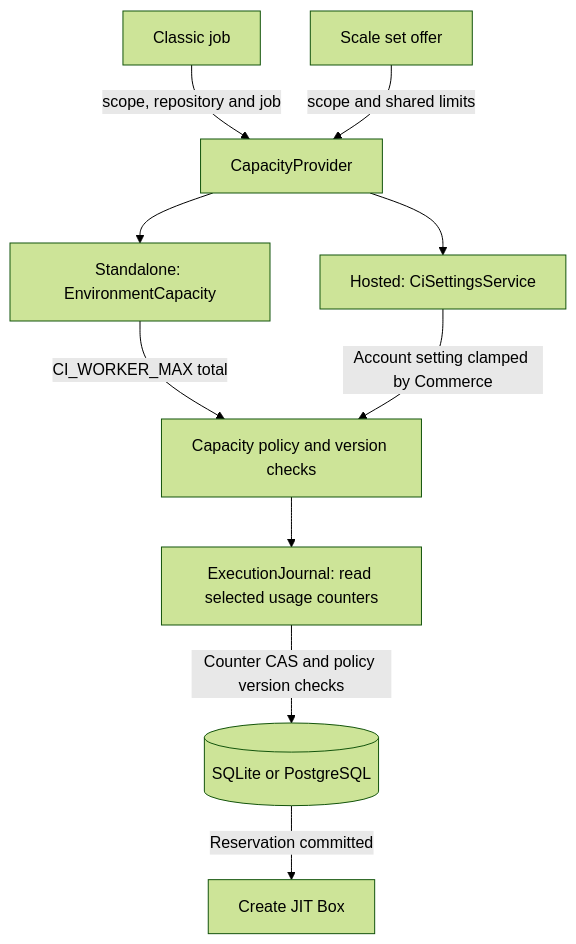
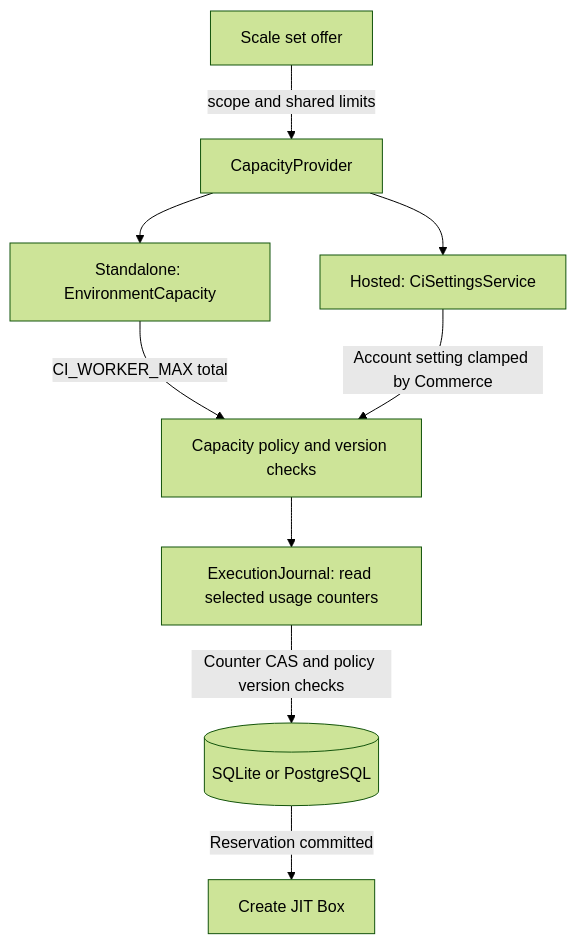
One commit to boxlite-ai/boxlite changed the first of 6 diagrams in apps/libs/ci-listener/README.md. Above: the diagram before and after it, drawn with Mermaid (forest theme). The commit also changed other lines of this file and 35 other files, not shown here.

````diff
--- a/apps/libs/ci-listener/README.md
+++ b/apps/libs/ci-listener/README.md
@@ -365,12 +352,11 @@
 ```mermaid
 flowchart TD
-    L[Classic job] -->|scope, repository and job| P[CapacityProvider]
-    G[Scale set offer] -->|scope and shared limits| P
+    G[Scale set offer] -->|scope and shared limits| P[CapacityProvider]
     P --> E[Standalone: EnvironmentCapacity]
     P --> H[Hosted: CiSettingsService]
     E -->|CI_WORKER_MAX total| R[Capacity policy and version checks]
     H -->|Account setting clamped by Commerce| R
     R --> K[ExecutionJournal: read selected usage counters]
     K -->|Counter CAS and policy version checks| S[(SQLite or PostgreSQL)]
     S -->|Reservation committed| B[Create JIT Box]
 ```
````
